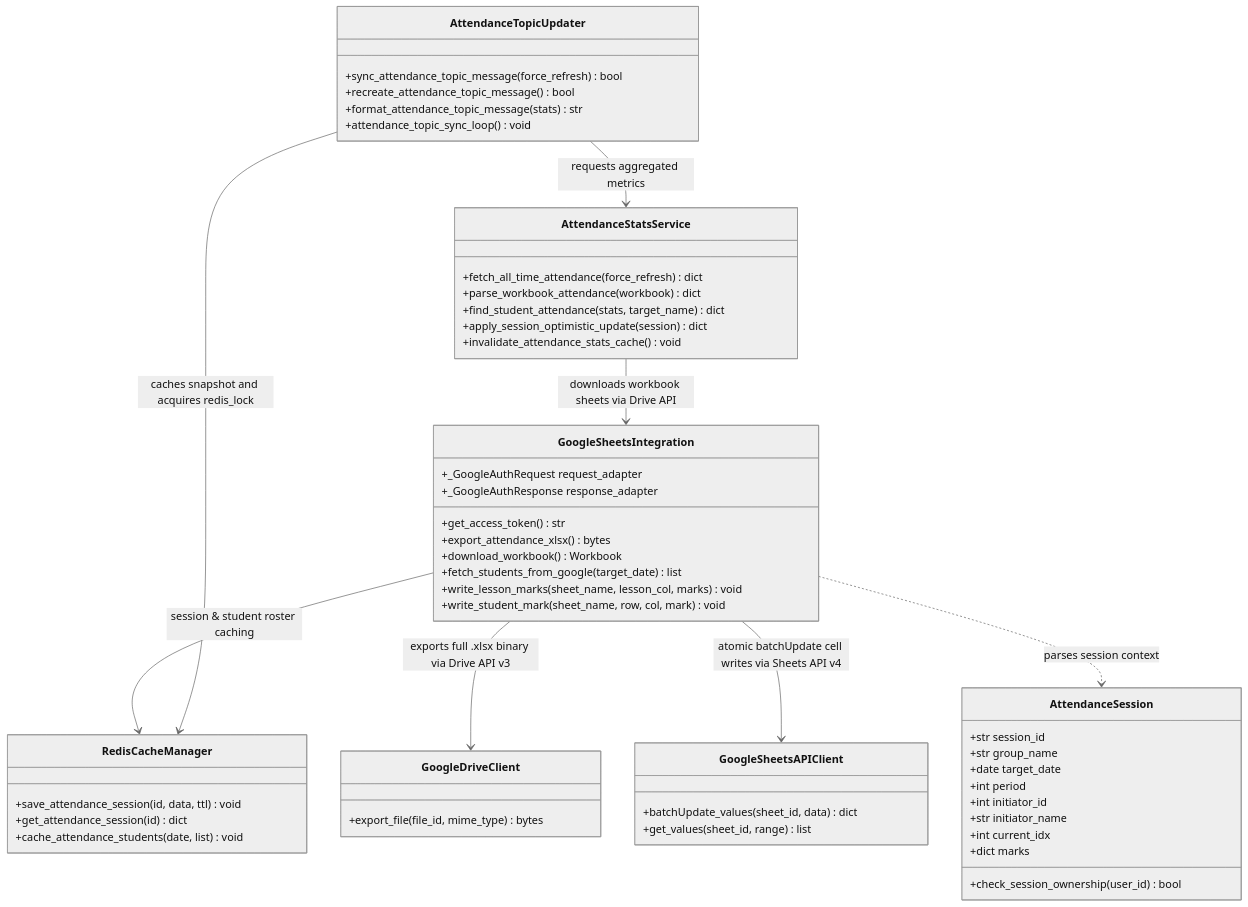
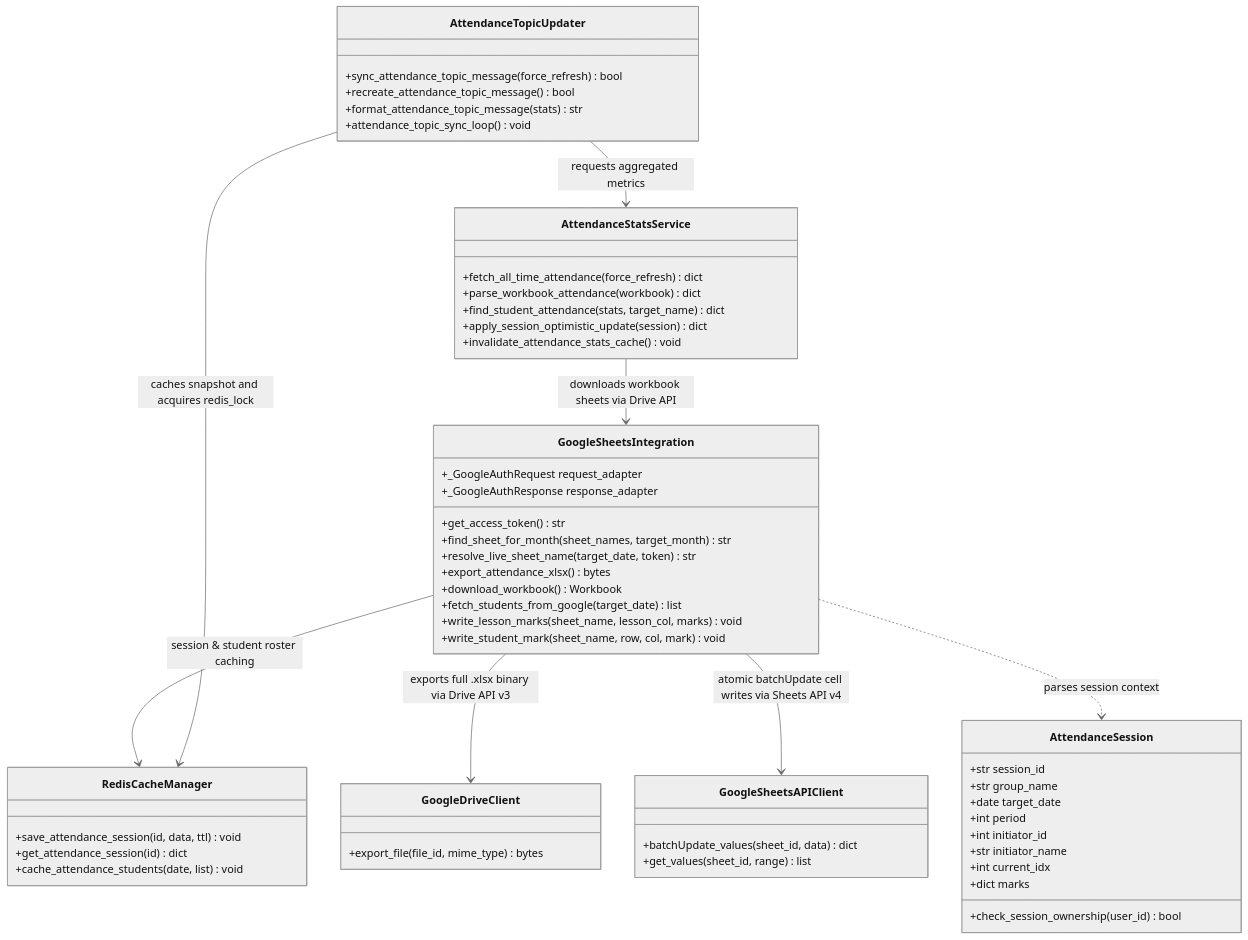
One commit to Utkautka1/para changed the seventh of 55 diagrams in docs/UML.md. Above: the diagram before and after it, drawn with Mermaid (neutral theme). The commit also changed 3 other files, not shown here.

Commit message:
feat(attendance): add smart month sheet resolution and create semester 2 sheets (Jan-Jun)

````diff
--- a/docs/UML.md
+++ b/docs/UML.md
@@ -715,65 +715,67 @@
 ```mermaid
 classDiagram
     direction TB
 
     class AttendanceSession {
         +str session_id
         +str group_name
         +date target_date
         +int period
         +int initiator_id
         +str initiator_name
         +int current_idx
         +dict marks
         +check_session_ownership(user_id) bool
     }
 
     class GoogleSheetsIntegration {
         +get_access_token() str
         +_GoogleAuthRequest request_adapter
         +_GoogleAuthResponse response_adapter
+        +find_sheet_for_month(sheet_names, target_month) str
+        +resolve_live_sheet_name(target_date, token) str
         +export_attendance_xlsx() bytes
         +download_workbook() Workbook
         +fetch_students_from_google(target_date) list
         +write_lesson_marks(sheet_name, lesson_col, marks) void
         +write_student_mark(sheet_name, row, col, mark) void
     }
 
     class RedisCacheManager {
         +save_attendance_session(id, data, ttl) void
         +get_attendance_session(id) dict
         +cache_attendance_students(date, list) void
     }
 
     class GoogleDriveClient {
         +export_file(file_id, mime_type) bytes
     }
 
     class GoogleSheetsAPIClient {
         +batchUpdate_values(sheet_id, data) dict
         +get_values(sheet_id, range) list
     }
 
     class AttendanceStatsService {
         +fetch_all_time_attendance(force_refresh) dict
         +parse_workbook_attendance(workbook) dict
         +find_student_attendance(stats, target_name) dict
         +apply_session_optimistic_update(session) dict
         +invalidate_attendance_stats_cache() void
     }
 
     class AttendanceTopicUpdater {
         +sync_attendance_topic_message(force_refresh) bool
         +recreate_attendance_topic_message() bool
         +format_attendance_topic_message(stats) str
         +attendance_topic_sync_loop() void
     }
 
     GoogleSheetsIntegration --> RedisCacheManager : session & student roster caching
     GoogleSheetsIntegration --> GoogleDriveClient : exports full .xlsx binary via Drive API v3
     GoogleSheetsIntegration --> GoogleSheetsAPIClient : atomic batchUpdate cell writes via Sheets API v4
     GoogleSheetsIntegration ..> AttendanceSession : parses session context
     AttendanceTopicUpdater --> AttendanceStatsService : requests aggregated metrics
     AttendanceTopicUpdater --> RedisCacheManager : caches snapshot and acquires redis_lock
     AttendanceStatsService --> GoogleSheetsIntegration : downloads workbook sheets via Drive API
 ```
````
